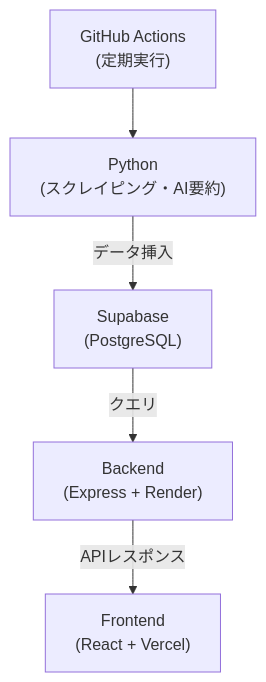
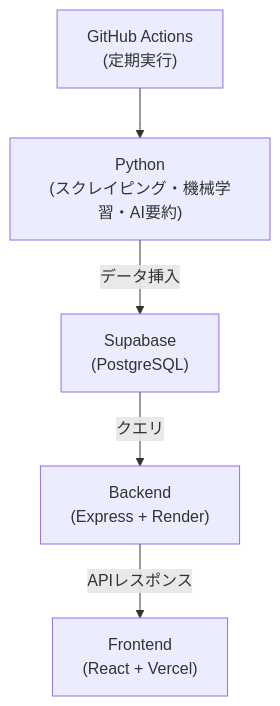
Before and after one commit to shohei9278/ai-job-dashboard: the diagram in README.md, drawn with Mermaid. The commit also changed other lines of this file, not shown here.

````diff
--- a/README.md
+++ b/README.md
@@ -80,9 +16,9 @@
 ```mermaid
 graph TD
 G["GitHub Actions<br/>(定期実行)"]
-    --> A["Python<br/>(スクレイピング・AI要約)"]
+    --> A["Python<br/>(スクレイピング・機械学習・AI要約)"]
   A -->|データ挿入| B["Supabase<br/>(PostgreSQL)"]
   B -->|クエリ| C["Backend<br/>(Express + Render)"]
   C -->|APIレスポンス| D["Frontend<br/>(React + Vercel)"]
 
 ```
````
